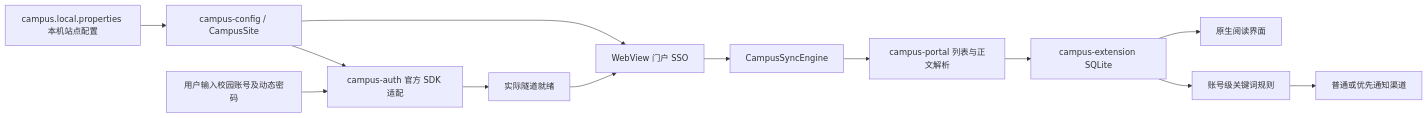
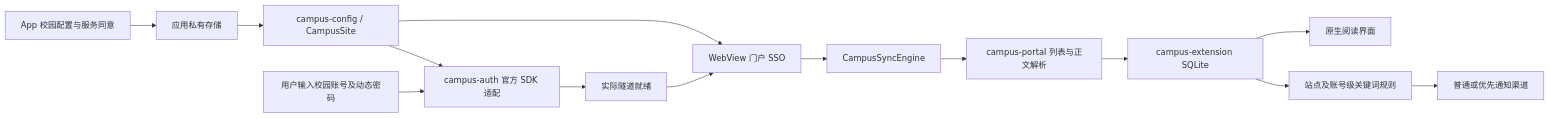
One commit to Lee-creator246/campus-reader changed the diagram in docs/ARCHITECTURE.md. Above: the diagram before and after it, drawn with Mermaid. The commit also changed other lines of this file and 42 other files, not shown here.

Commit message:
Add private runtime campus configuration and separate sign-in flow

````diff
--- a/docs/ARCHITECTURE.md
+++ b/docs/ARCHITECTURE.md
@@ -3,15 +3,16 @@
 ```mermaid
 flowchart LR
-  Config[campus.local.properties 本机站点配置] --> Site[campus-config / CampusSite]
+  Config[App 校园配置与服务同意] --> Private[应用私有存储]
+  Private --> Site[campus-config / CampusSite]
   Site --> Auth
   Site --> Portal
   User[用户输入校园账号及动态密码] --> Auth[campus-auth 官方 SDK 适配]
   Auth --> Tunnel[实际隧道就绪]
   Tunnel --> Portal[WebView 门户 SSO]
   Portal --> Sync[CampusSyncEngine]
   Sync --> Parser[campus-portal 列表与正文解析]
   Parser --> Store[campus-extension SQLite]
   Store --> Reader[原生阅读界面]
-  Store --> Rules[账号级关键词规则]
+  Store --> Rules[站点及账号级关键词规则]
   Rules --> Notifications[普通或优先通知渠道]
 ```
````
